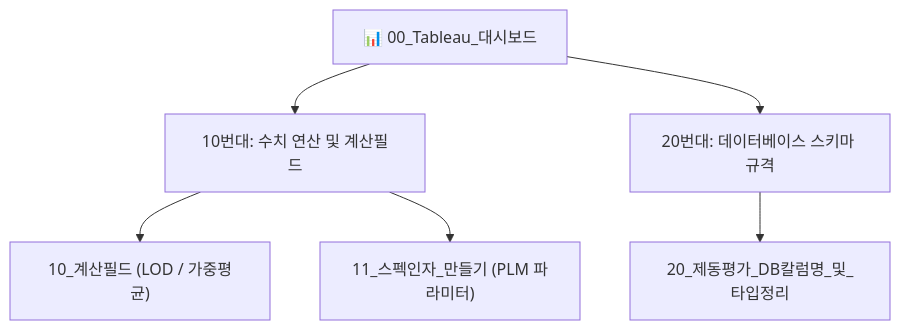
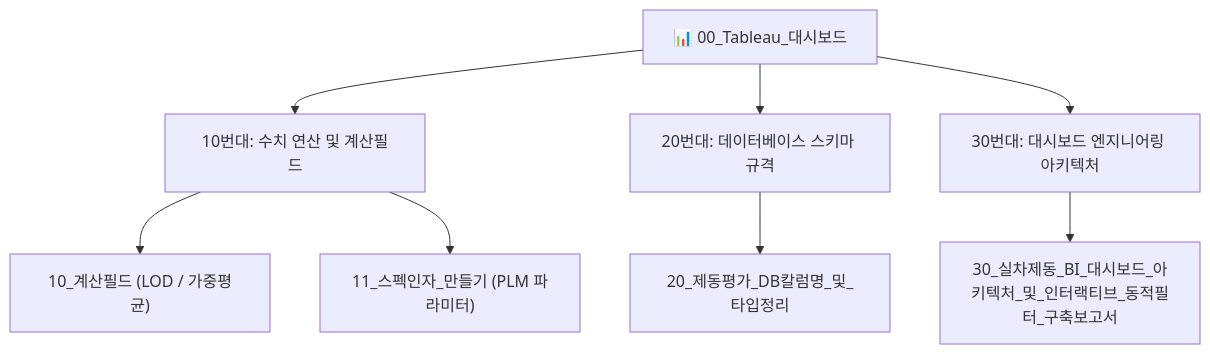
One commit to uunnooo/00_obsidian changed the diagram in 02_Projects/회사_업무/40_Tableau/00_Tableau_대시보드.md. Above: the diagram before and after it, drawn with Mermaid. The commit also changed other lines of this file and 2 other files, not shown here.

````diff
--- a/02_Projects/회사_업무/40_Tableau/00_Tableau_대시보드.md
+++ b/02_Projects/회사_업무/40_Tableau/00_Tableau_대시보드.md
@@ -33,10 +42,12 @@
 ```mermaid
 graph TD
     Dash["📊 00_Tableau_대시보드"]
     Dash --> C1["10번대: 수치 연산 및 계산필드"]
     Dash --> C2["20번대: 데이터베이스 스키마 규격"]
+    Dash --> C3["30번대: 대시보드 엔지니어링 아키텍처"]
+    C3 --> F4["30_실차제동_BI_대시보드_아키텍처_및_인터랙티브_동적필터_구축보고서"]
 
     C1 --> F1["10_계산필드 (LOD / 가중평균)"]
     C1 --> F2["11_스펙인자_만들기 (PLM 파라미터)"]
     C2 --> F3["20_제동평가_DB칼럼명_및_타입정리"]
 ```
````
